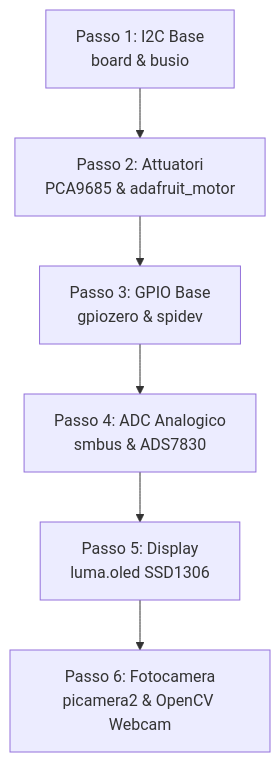
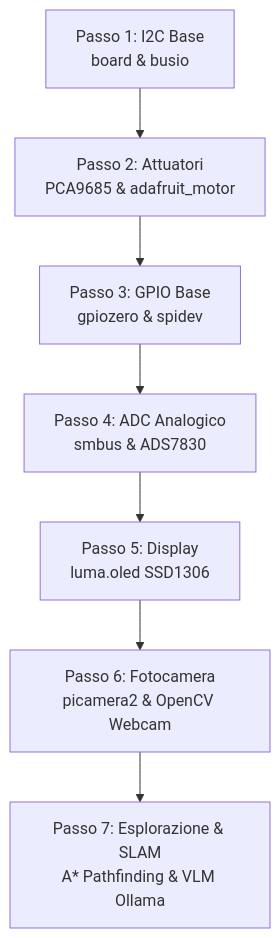
The diagram in simulazione/guide/piano_didattico.md (matteocalderoni/esperimenti), drawn with Mermaid before and after one commit. The commit also changed other lines of this file and 20 other files, not shown here.

````diff
--- a/simulazione/guide/piano_didattico.md
+++ b/simulazione/guide/piano_didattico.md
@@ -11,8 +11,9 @@
 ```mermaid
 graph TD
     P1[Passo 1: I2C Base<br>board & busio] --> P2[Passo 2: Attuatori<br>PCA9685 & adafruit_motor]
     P2 --> P3[Passo 3: GPIO Base<br>gpiozero & spidev]
     P3 --> P4[Passo 4: ADC Analogico<br>smbus & ADS7830]
     P4 --> P5[Passo 5: Display<br>luma.oled SSD1306]
     P5 --> P6[Passo 6: Fotocamera<br>picamera2 & OpenCV Webcam]
+    P6 --> P7[Passo 7: Esplorazione & SLAM<br>A* Pathfinding & VLM Ollama]
 ```
````
